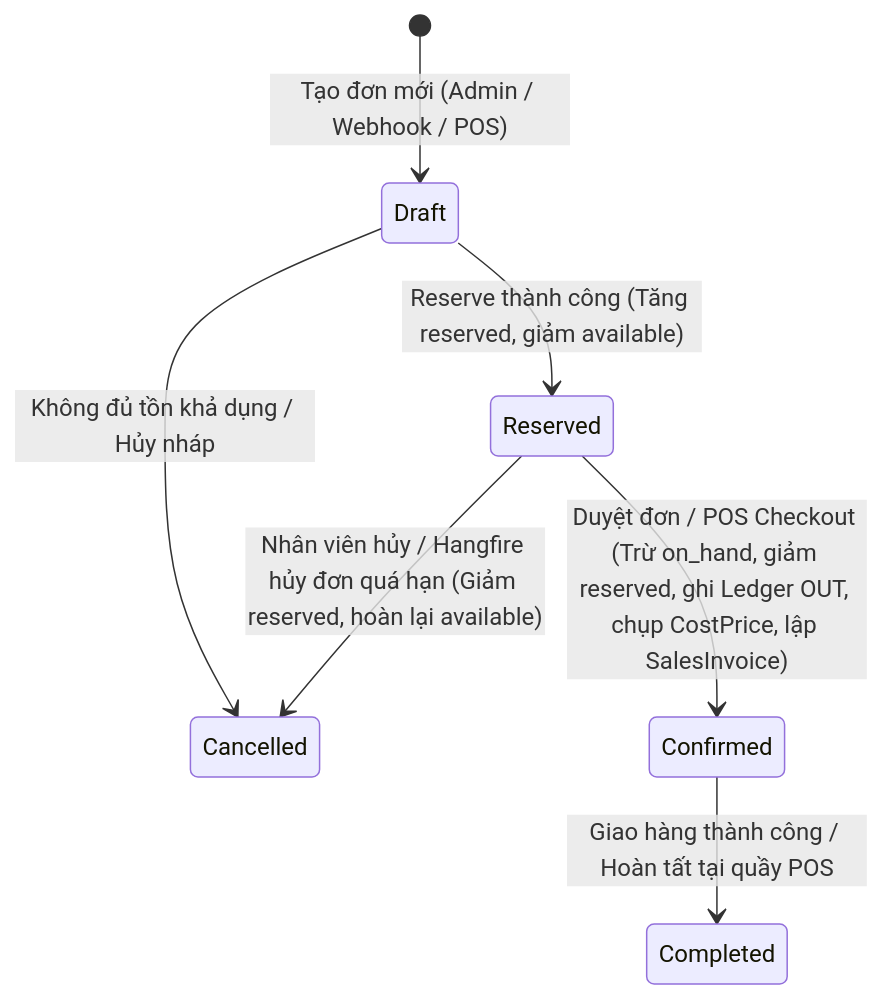
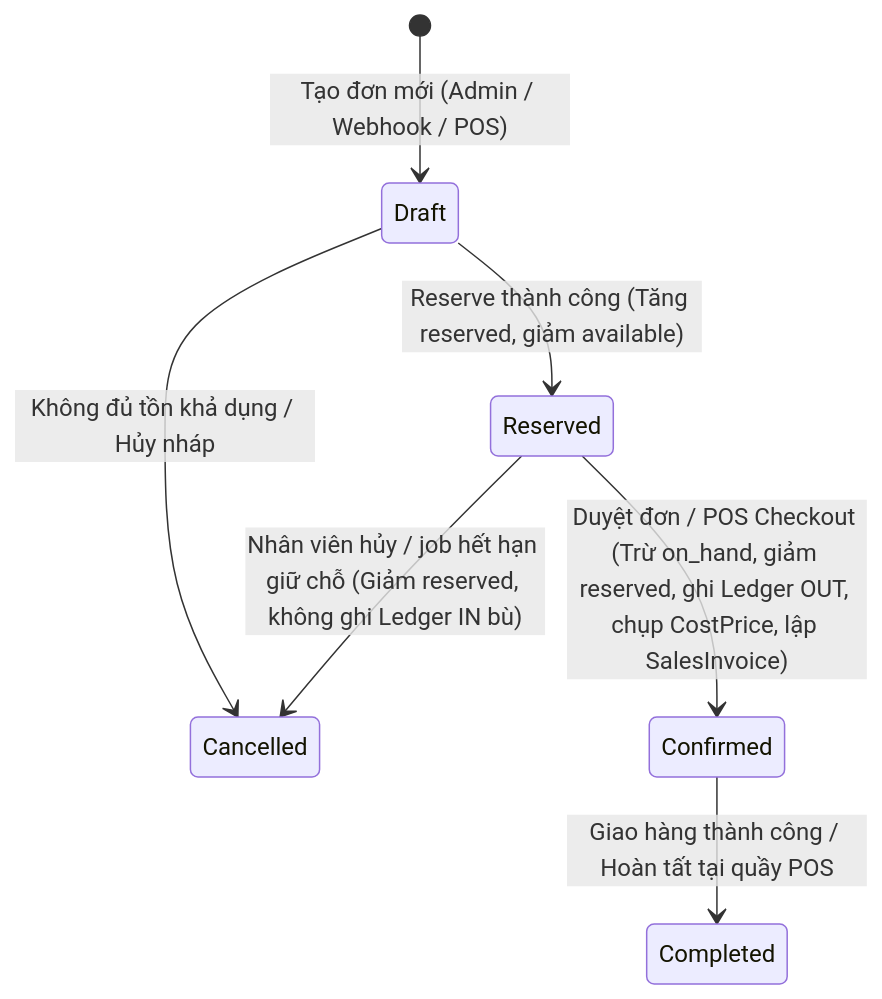
The first of 7 diagrams in docs/04-architecture-and-design/04-state-machines.md (khoalvd839764-netizen/OISMS), drawn with Mermaid before and after one commit. The commit also changed other lines of this file and 103 other files, not shown here.

````diff
--- a/docs/04-architecture-and-design/04-state-machines.md
+++ b/docs/04-architecture-and-design/04-state-machines.md
@@ -25,9 +26,9 @@
 ```mermaid
 stateDiagram-v2
     [*] --> Draft : Tạo đơn mới (Admin / Webhook / POS)
     Draft --> Reserved : Reserve thành công (Tăng reserved, giảm available)
     Draft --> Cancelled : Không đủ tồn khả dụng / Hủy nháp
     Reserved --> Confirmed : Duyệt đơn / POS Checkout (Trừ on_hand, giảm reserved, ghi Ledger OUT, chụp CostPrice, lập SalesInvoice)
-    Reserved --> Cancelled : Nhân viên hủy / Hangfire hủy đơn quá hạn (Giảm reserved, hoàn lại available)
+    Reserved --> Cancelled : Nhân viên hủy / job hết hạn giữ chỗ (Giảm reserved, không ghi Ledger IN bù)
     Confirmed --> Completed : Giao hàng thành công / Hoàn tất tại quầy POS
 ```
````
